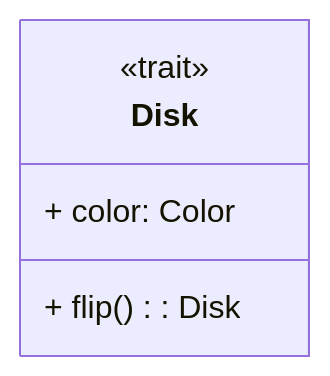
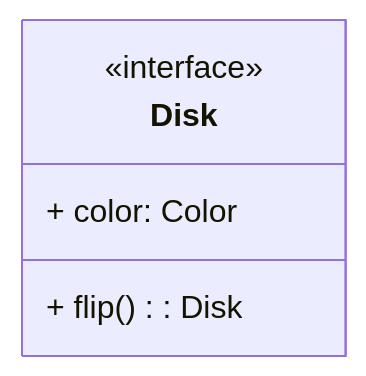
One commit to Borgotto/PPS-25-scalatello changed the eighth of 11 diagrams in docs/report/4-detailed-design.md. Above: the diagram before and after it, drawn with Mermaid.

Commit message:
Change from trait to interface in Disk diagram

````diff
--- a/docs/report/4-detailed-design.md
+++ b/docs/report/4-detailed-design.md
@@ -190,8 +190,8 @@
 ```mermaid
 classDiagram
   class Disk {
-    <<trait>>
+    <<interface>>
     + color: Color
     + flip(): Disk
   }
 ```
````
